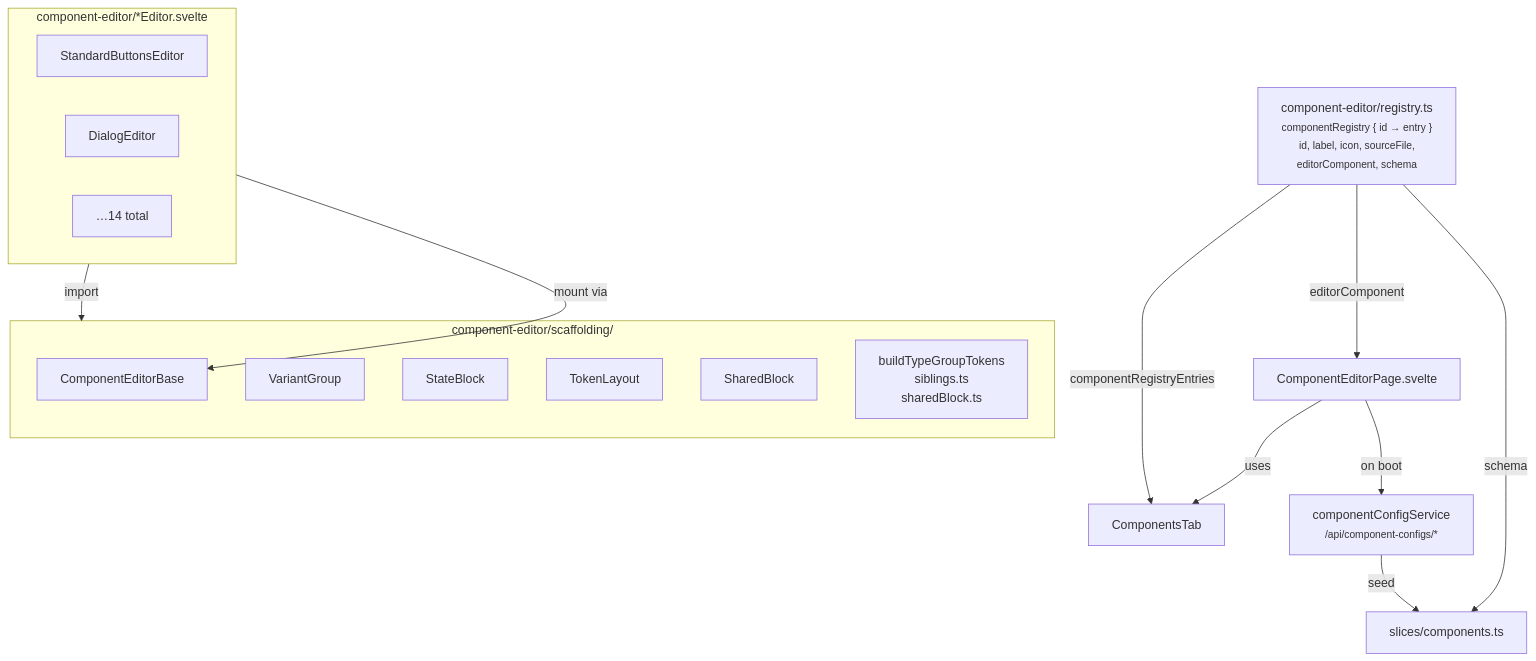
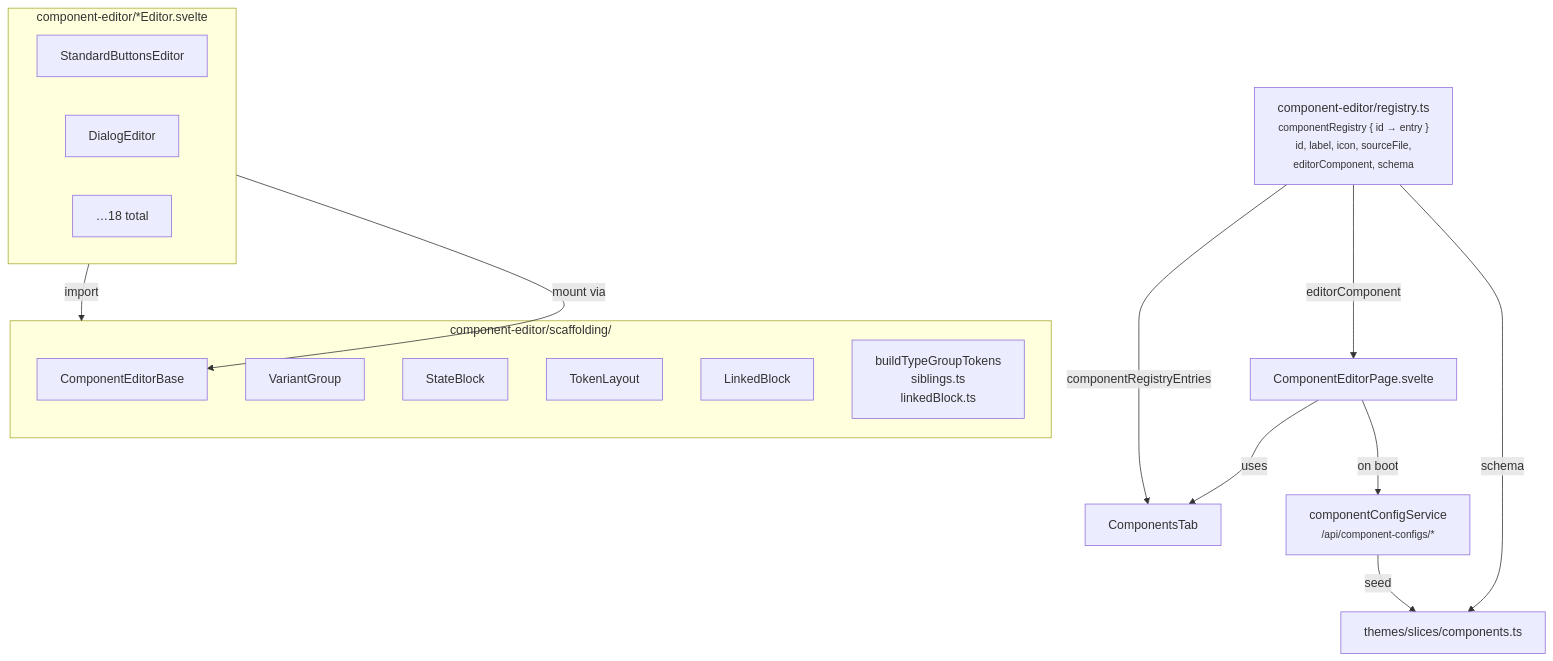
The fifth of 6 diagrams in docs/02-architecture.md (motionproto/live-tokens), drawn with Mermaid before and after one commit. The commit also changed other lines of this file and 11 other files, not shown here.

````diff
--- a/docs/02-architecture.md
+++ b/docs/02-architecture.md
@@ -206,33 +212,33 @@
 ```mermaid
 flowchart TB
     Registry["component-editor/registry.ts<br/><small>componentRegistry { id → entry }<br/>id, label, icon, sourceFile,<br/>editorComponent, schema</small>"]
 
     subgraph Editors["component-editor/*Editor.svelte"]
         ButtonEd[StandardButtonsEditor]
         DialogEd[DialogEditor]
-        Etc[…14 total]
+        Etc[…18 total]
     end
 
     subgraph Scaffolding["component-editor/scaffolding/"]
         Base[ComponentEditorBase]
         VG[VariantGroup]
         SB[StateBlock]
         TL[TokenLayout]
-        Shared[SharedBlock]
-        Tokens["buildTypeGroupTokens<br/>siblings.ts<br/>sharedBlock.ts"]
+        Linked[LinkedBlock]
+        Helpers["buildTypeGroupTokens<br/>siblings.ts<br/>linkedBlock.ts"]
     end
 
     Page[ComponentEditorPage.svelte]
     Tab[ComponentsTab]
     Service["componentConfigService<br/><small>/api/component-configs/*</small>"]
-    Slice[slices/components.ts]
+    Slice[themes/slices/components.ts]
 
     Registry -- componentRegistryEntries --> Tab
     Registry -- editorComponent --> Page
     Registry -- schema --> Slice
     Editors -- import --> Scaffolding
     Editors -- mount via --> Base
     Page -- uses --> Tab
     Page -- on boot --> Service
     Service -- seed --> Slice
 ```
````
